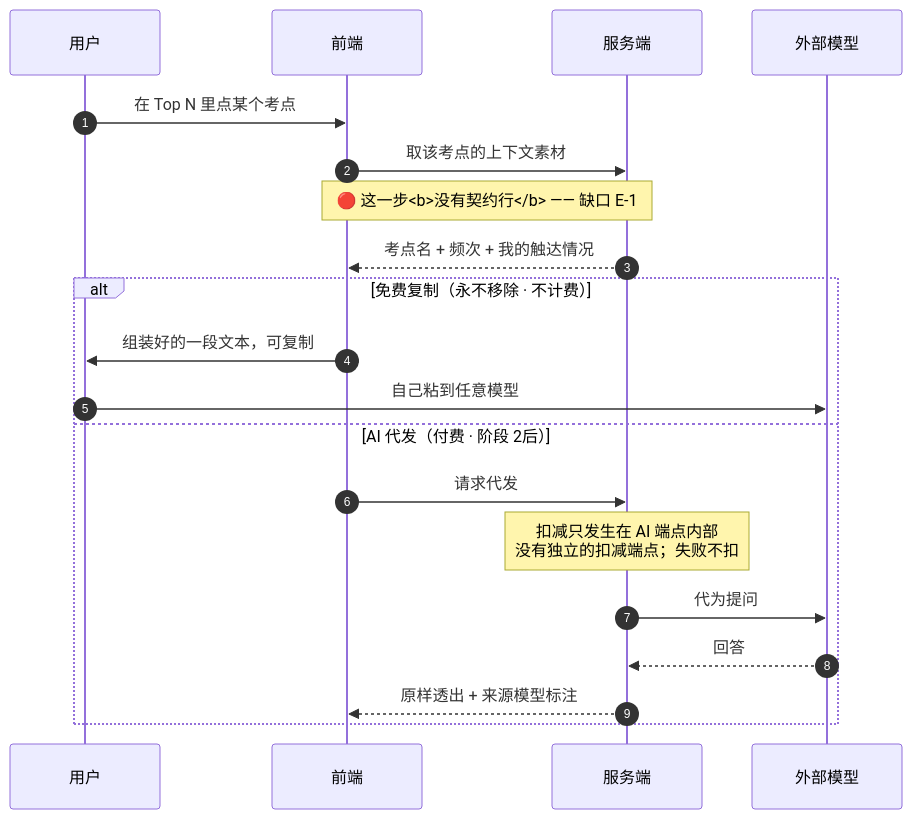
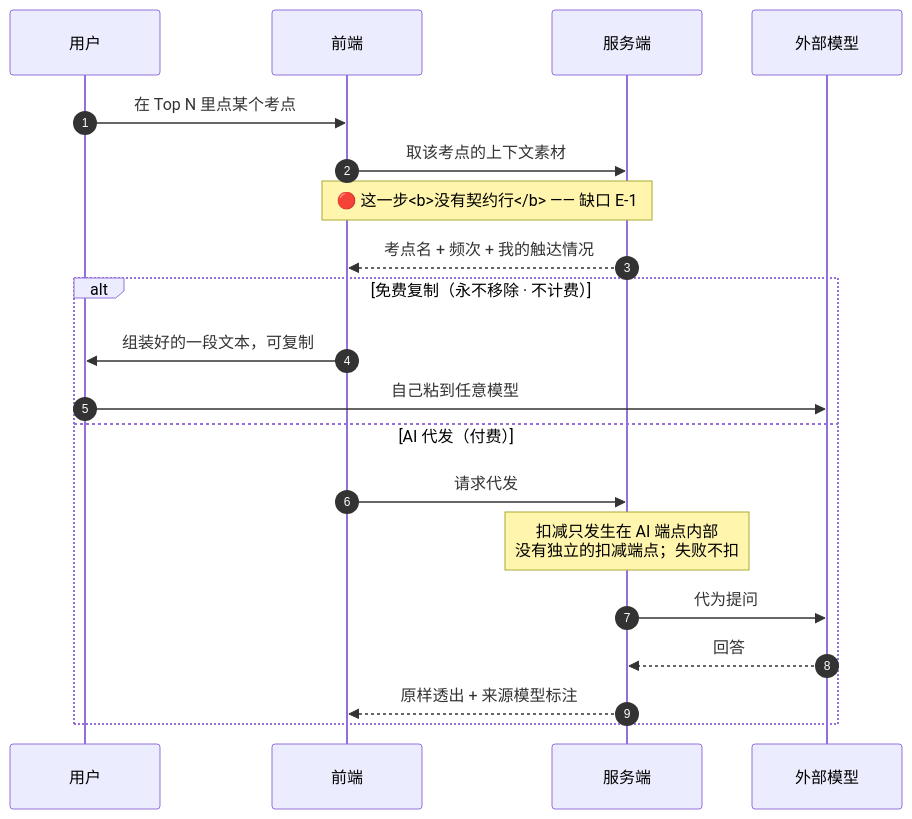
The second of 2 diagrams in docs/product/modules/模块E-出口层.md (chenyuanjin/kubic), drawn with Mermaid before and after one commit. The commit also changed other lines of this file and 29 other files, not shown here.

````diff
--- a/docs/product/modules/模块E-出口层.md
+++ b/docs/product/modules/模块E-出口层.md
@@ -114,24 +114,24 @@
 ```mermaid
 sequenceDiagram
     autonumber
     participant U as 用户
     participant F as 前端
     participant S as 服务端
     participant M as 外部模型
 
     U->>F: 在 Top N 里点某个考点
     F->>S: 取该考点的上下文素材
     Note over F,S: 🔴 这一步<b>没有契约行</b> —— 缺口 E-1
     S-->>F: 考点名 + 频次 + 我的触达情况
 
     alt 免费复制（永不移除 · 不计费）
         F->>U: 组装好的一段文本，可复制
         U->>M: 自己粘到任意模型
-    else AI 代发（付费 · 阶段 2后）
+    else AI 代发（付费）
         F->>S: 请求代发
         Note over S: 扣减只发生在 AI 端点内部<br/>没有独立的扣减端点；失败不扣
         S->>M: 代为提问
         M-->>S: 回答
         S-->>F: 原样透出 + 来源模型标注
     end
 ```
````
